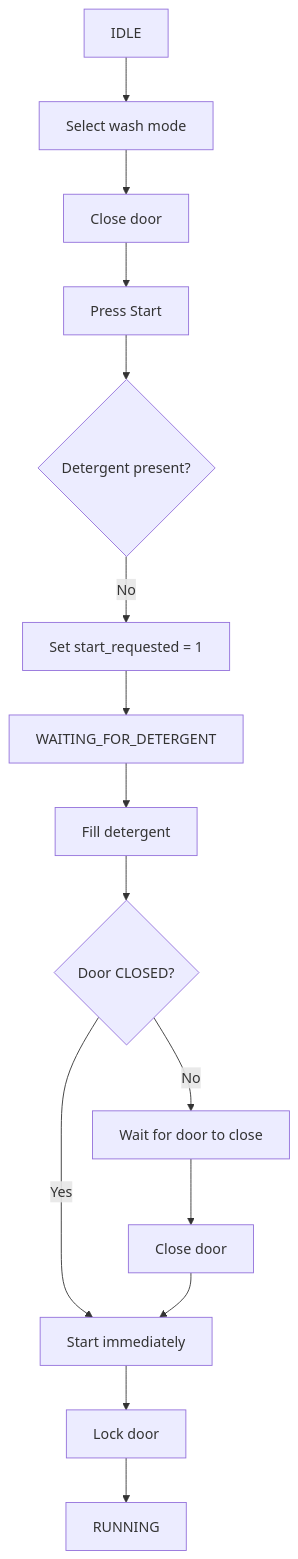
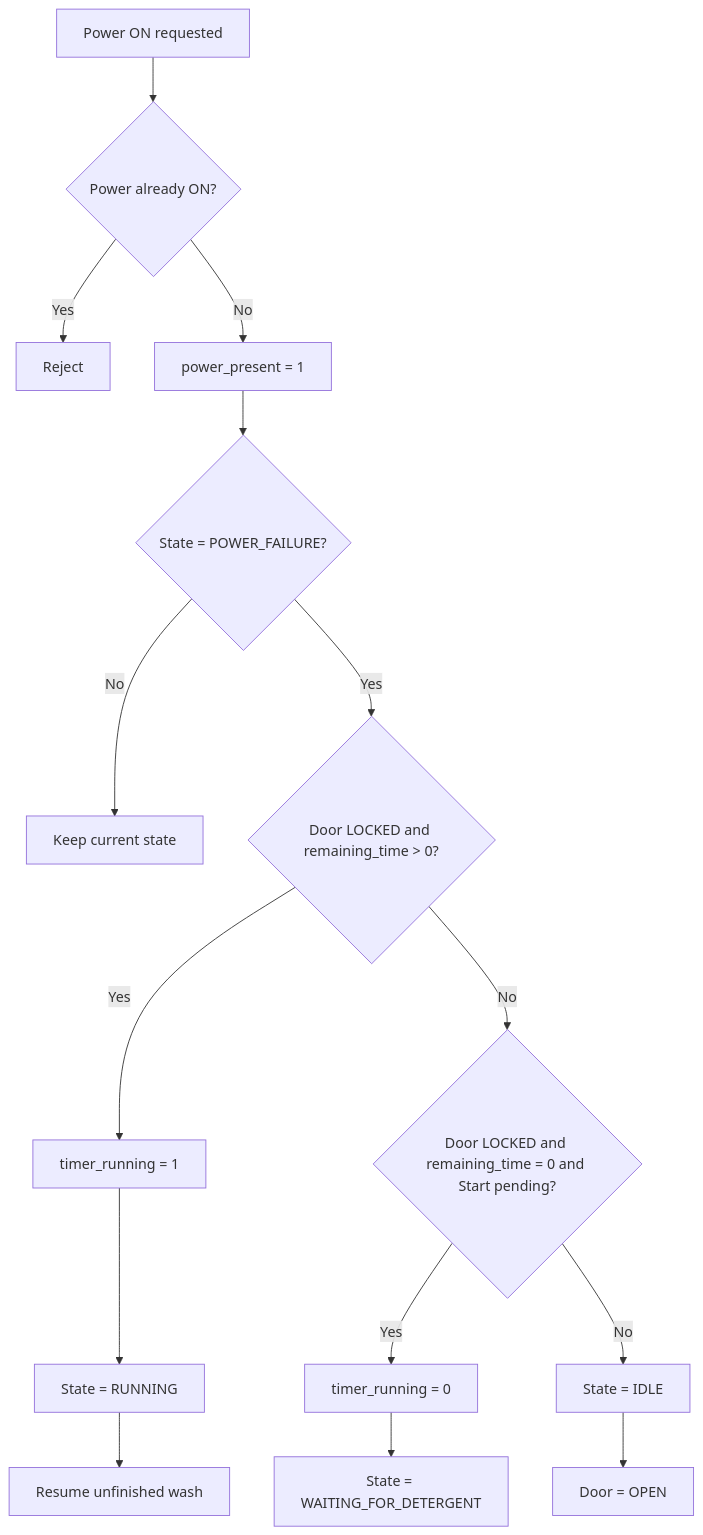
Before and after one commit to BMMADHUMITHA/weighted_rr: diagram 14 of 19 in README.md, drawn with Mermaid. The commit also changed other lines of this file, not shown here.

````diff
--- a/README.md
+++ b/README.md
@@ -617,17 +502,17 @@
 ```mermaid
 flowchart TD
-    A[IDLE] --> B[Select wash mode]
-    B --> C[Close door]
-    C --> D[Press Start]
-    D --> E{Detergent present?}
-    E -- No --> F[Set start_requested = 1]
-    F --> G[WAITING_FOR_DETERGENT]
-    G --> H[Fill detergent]
-    H --> I{Door CLOSED?}
-    I -- Yes --> J[Start immediately]
-    J --> K[Lock door]
-    K --> L[RUNNING]
-    I -- No --> M[Wait for door to close]
-    M --> N[Close door]
-    N --> J
+    A[Power ON requested] --> B{Power already ON?}
+    B -- Yes --> X[Reject]
+    B -- No --> C[power_present = 1]
+    C --> D{State = POWER_FAILURE?}
+    D -- No --> E[Keep current state]
+    D -- Yes --> F{Door LOCKED and remaining_time > 0?}
+    F -- Yes --> G[timer_running = 1]
+    G --> H[State = RUNNING]
+    H --> I[Resume unfinished wash]
+    F -- No --> J{Door LOCKED and remaining_time = 0 and Start pending?}
+    J -- Yes --> K[timer_running = 0]
+    K --> L[State = WAITING_FOR_DETERGENT]
+    J -- No --> M[State = IDLE]
+    M --> N[Door = OPEN]
 ```
````
